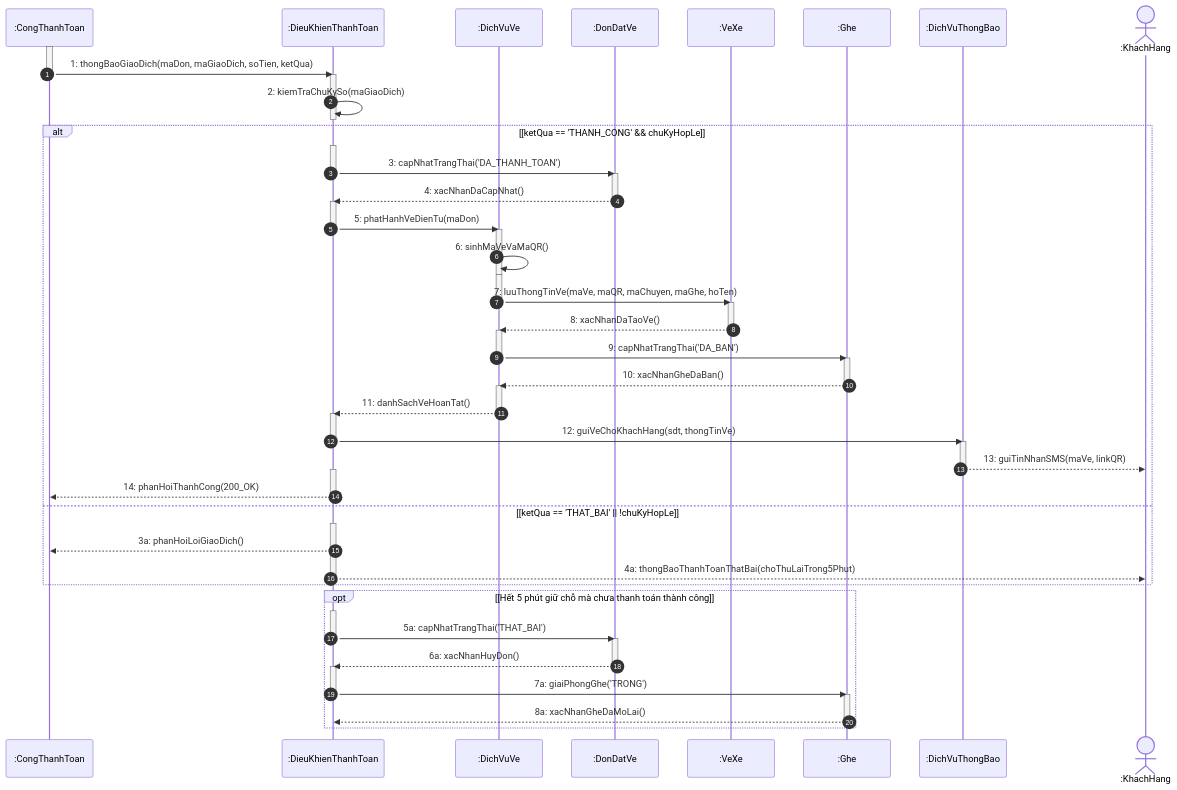
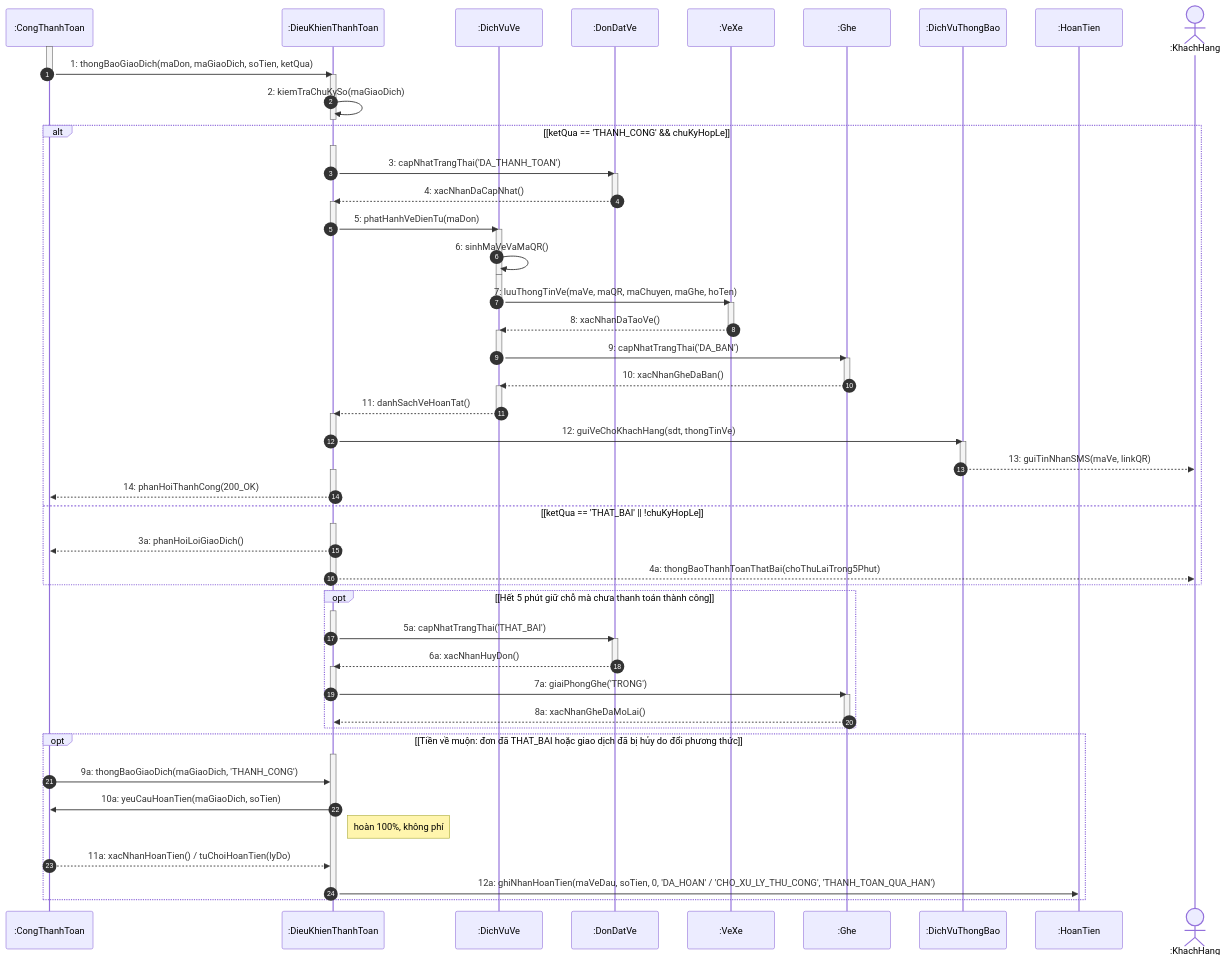
One commit to Longcodepro/Project_OOAD_HK1_2026-2027 changed the fourth of 20 diagrams in docs/sequence/Sequence_diagram.md. Above: the diagram before and after it, drawn with Mermaid. The commit also changed other lines of this file and 3 other files, not shown here.

Commit message:
docs(diagram): cập nhật RDM, sơ đồ lớp và tuần tự theo phần đã làm thêm

````diff
--- a/docs/sequence/Sequence_diagram.md
+++ b/docs/sequence/Sequence_diagram.md
@@ -325,6 +325,7 @@
     participant VE as :VeXe
     participant GHE as :Ghe
     participant DV_TB as :DichVuThongBao
+    participant HT as :HoanTien
     actor KH as :KhachHang
 
     activate CTT
@@ -399,4 +400,14 @@
         GHE -->> DK_TT: 8a: xacNhanGheDaMoLai()
         deactivate GHE
     end
+
+    opt [Tiền về muộn: đơn đã THAT_BAI hoặc giao dịch đã bị hủy do đổi phương thức]
+        activate DK_TT
+        CTT ->> DK_TT: 9a: thongBaoGiaoDich(maGiaoDich, 'THANH_CONG')
+        DK_TT ->> CTT: 10a: yeuCauHoanTien(maGiaoDich, soTien)
+        Note right of DK_TT: hoàn 100%, không phí
+        CTT -->> DK_TT: 11a: xacNhanHoanTien() / tuChoiHoanTien(lyDo)
+        DK_TT ->> HT: 12a: ghiNhanHoanTien(maVeDau, soTien, 0, 'DA_HOAN' / 'CHO_XU_LY_THU_CONG', 'THANH_TOAN_QUA_HAN')
+        deactivate DK_TT
+    end
 ```
````
